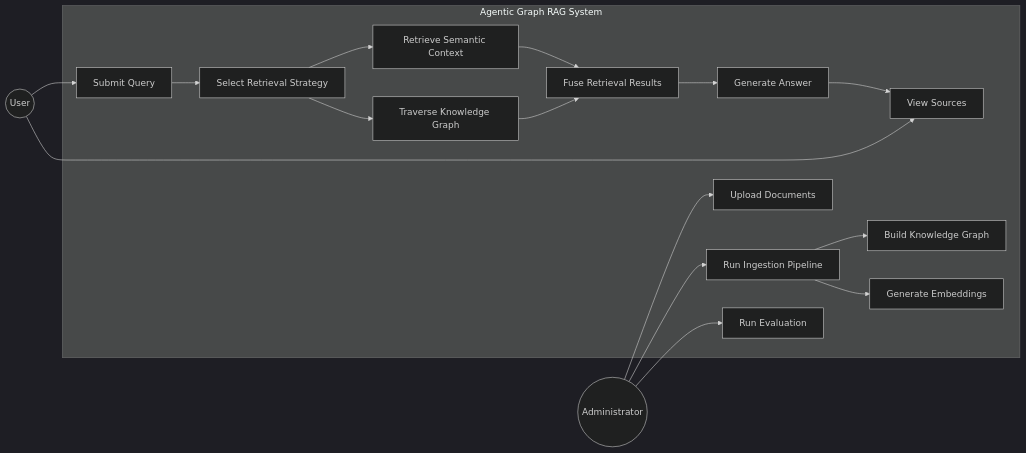
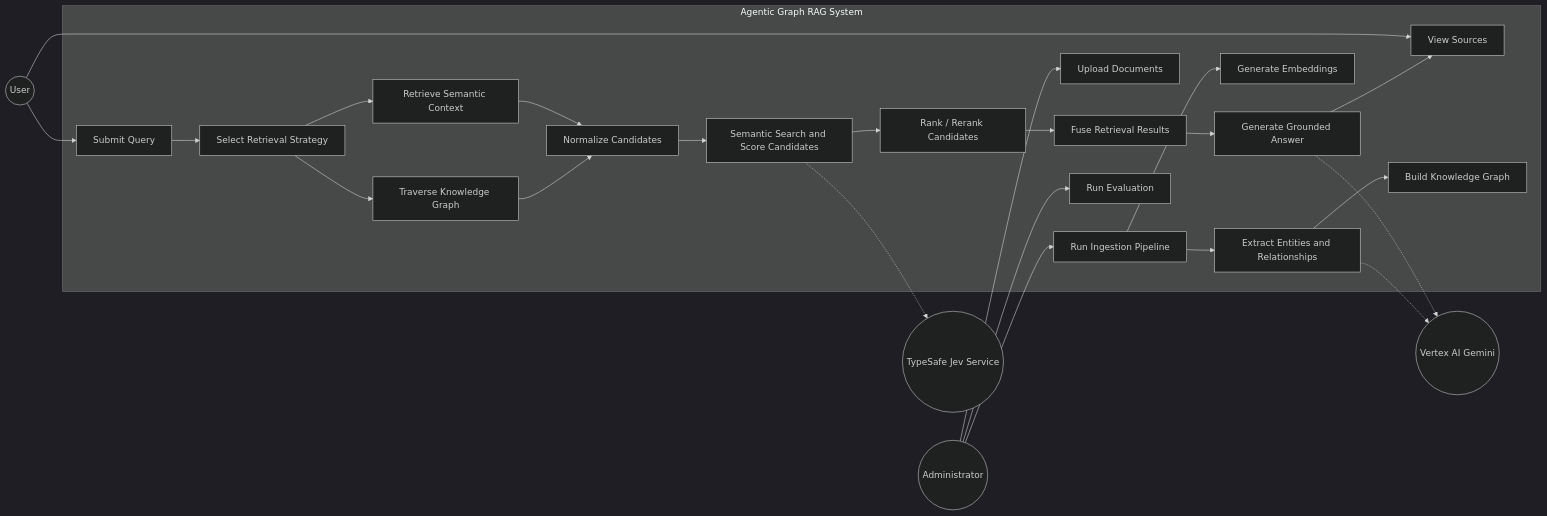
The diagram in docs/03_use_case_diagram.md (adarshmadhusoodanan/agentic-graph-rag), drawn with Mermaid (dark theme) before and after one commit. The commit also changed other lines of this file and 8 other files, not shown here.

````diff
--- a/docs/03_use_case_diagram.md
+++ b/docs/03_use_case_diagram.md
@@ -4,40 +3,53 @@
 ```mermaid
 flowchart LR
-
     User((User))
     Admin((Administrator))
+    JevService((TypeSafe Jev Service))
+    GeminiService((Vertex AI Gemini))
 
     subgraph Agentic Graph RAG System
         UC1[Submit Query]
-        UC2[Retrieve Semantic Context]
-        UC3[Traverse Knowledge Graph]
-        UC4[Select Retrieval Strategy]
-        UC5[Fuse Retrieval Results]
-        UC6[Generate Answer]
-        UC7[View Sources]
+        UC2[Select Retrieval Strategy]
+        UC3[Retrieve Semantic Context]
+        UC4[Traverse Knowledge Graph]
+        UC5[Normalize Candidates]
+        UC6[Semantic Search and Score Candidates]
+        UC7[Rank / Rerank Candidates]
+        UC8[Fuse Retrieval Results]
+        UC9[Generate Grounded Answer]
+        UC10[View Sources]
 
-        UC8[Upload Documents]
-        UC9[Run Ingestion Pipeline]
-        UC10[Build Knowledge Graph]
-        UC11[Generate Embeddings]
+        UC11[Upload Documents]
+        UC12[Run Ingestion Pipeline]
+        UC13[Generate Embeddings]
+        UC14[Extract Entities and Relationships]
+        UC15[Build Knowledge Graph]
 
-        UC12[Run Evaluation]
+        UC16[Run Evaluation]
     end
 
     User --> UC1
-    User --> UC7
+    User --> UC10
 
-    UC1 --> UC4
-    UC4 --> UC2
-    UC4 --> UC3
-    UC2 --> UC5
+    UC1 --> UC2
+    UC2 --> UC3
+    UC2 --> UC4
     UC3 --> UC5
+    UC4 --> UC5
     UC5 --> UC6
     UC6 --> UC7
+    UC7 --> UC8
+    UC8 --> UC9
+    UC9 --> UC10
 
-    Admin --> UC8
-    Admin --> UC9
-    UC9 --> UC10
-    UC9 --> UC11
+    UC6 -.-> JevService
+    UC9 -.-> GeminiService
+    UC14 -.-> GeminiService
+
+    Admin --> UC11
     Admin --> UC12
+    UC12 --> UC13
+    UC12 --> UC14
+    UC14 --> UC15
+    Admin --> UC16
 ```
````
